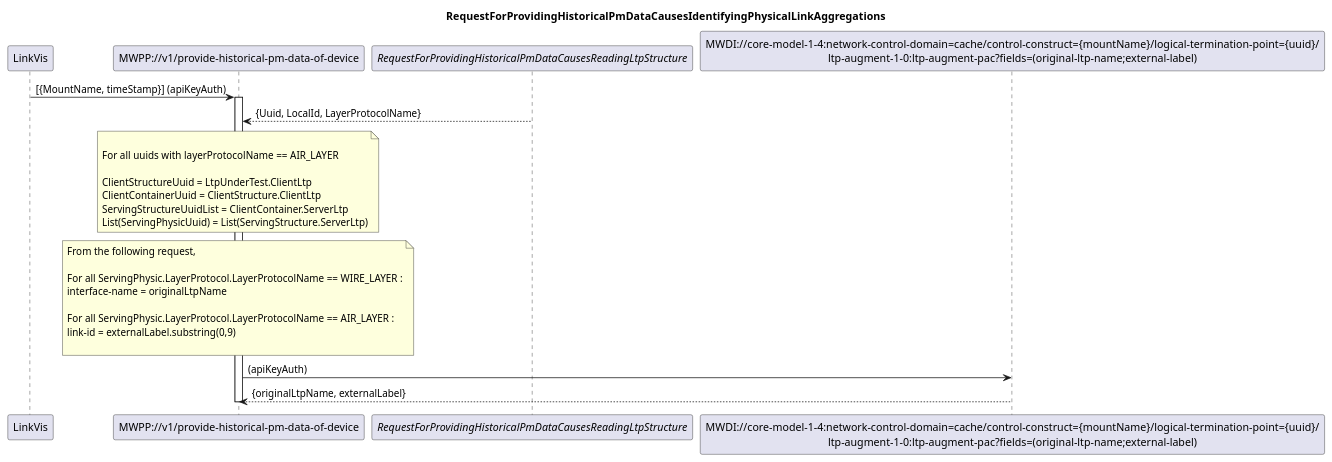
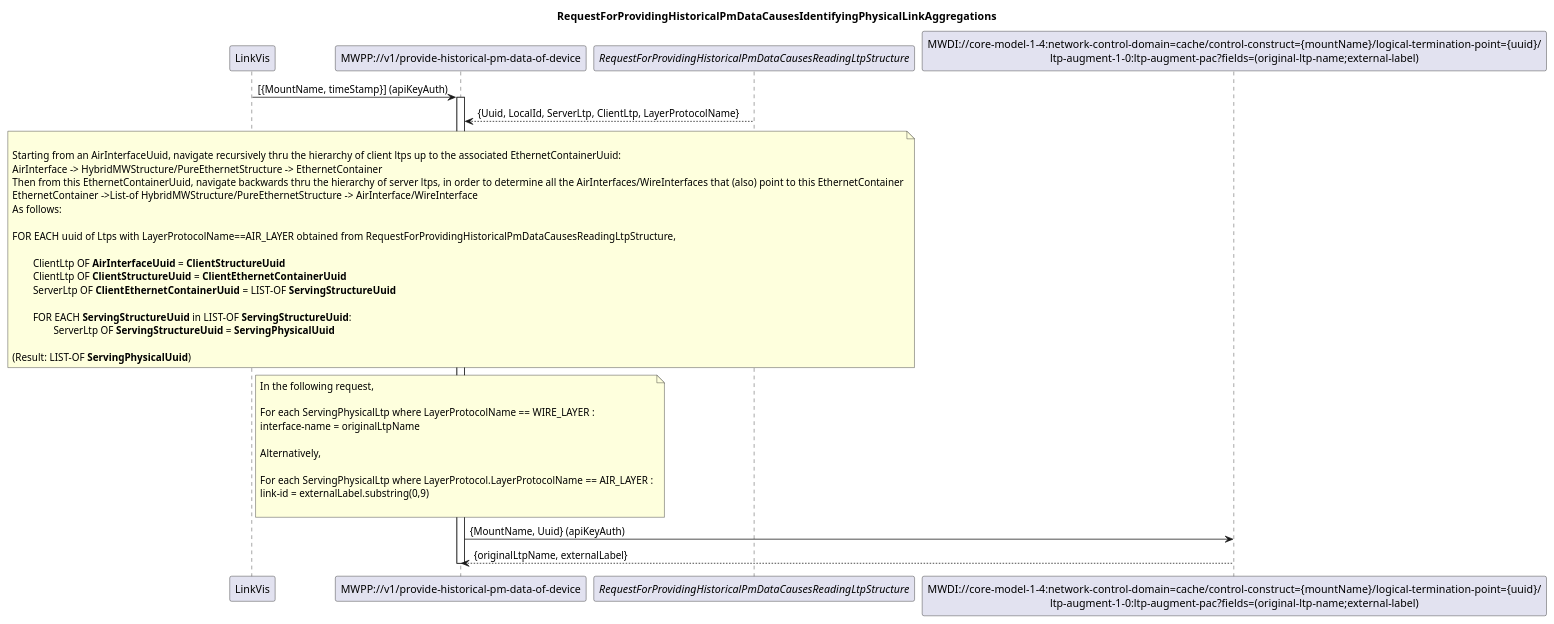
One commit to openBackhaul/MicroWavePerformanceProxy changed the diagram in spec/diagrams/002_IdentifyingPhysicalLinkAggregations.plantuml. Above: the diagram before and after it, drawn with PlantUML.

Commit message:
Improve description of navigation thru client/server ltps and procedure

```diff
--- a/spec/diagrams/002_IdentifyingPhysicalLinkAggregations.plantuml
+++ b/spec/diagrams/002_IdentifyingPhysicalLinkAggregations.plantuml
@@ -1,45 +1,57 @@
 @startuml 002_IdentifyingPhysicalLinkAggregations
 skinparam responseMessageBelowArrow true
 
 title
 RequestForProvidingHistoricalPmDataCausesIdentifyingPhysicalLinkAggregations
 end title
 
 participant "LinkVis" as LinkVis
 participant "MWPP://v1/provide-historical-pm-data-of-device" as MWPP
 participant "<i>RequestForProvidingHistoricalPmDataCausesReadingLtpStructure</i>" as LTPs
 participant "MWDI://core-model-1-4:network-control-domain=cache/control-construct={mountName}/logical-termination-point={uuid}/\nltp-augment-1-0:ltp-augment-pac?fields=(original-ltp-name;external-label)" as LtpDesignation
 
 LinkVis -> MWPP: [{MountName, timeStamp}] (apiKeyAuth)
 activate MWPP
 
-LTPs --> MWPP: {Uuid, LocalId, LayerProtocolName}
+LTPs --> MWPP: {Uuid, LocalId, ServerLtp, ClientLtp, LayerProtocolName}
 
 note over MWPP
 
-For all uuids with layerProtocolName == AIR_LAYER
+Starting from an AirInterfaceUuid, navigate recursively thru the hierarchy of client ltps up to the associated EthernetContainerUuid:
+AirInterface -> HybridMWStructure/PureEthernetStructure -> EthernetContainer
+Then from this EthernetContainerUuid, navigate backwards thru the hierarchy of server ltps, in order to determine all the AirInterfaces/WireInterfaces that (also) point to this EthernetContainer
+EthernetContainer ->List-of HybridMWStructure/PureEthernetStructure -> AirInterface/WireInterface
+As follows:
 
-ClientStructureUuid = LtpUnderTest.ClientLtp
-ClientContainerUuid = ClientStructure.ClientLtp
-ServingStructureUuidList = ClientContainer.ServerLtp
-List(ServingPhysicUuid) = List(ServingStructure.ServerLtp)
+FOR EACH uuid of Ltps with LayerProtocolName==AIR_LAYER obtained from RequestForProvidingHistoricalPmDataCausesReadingLtpStructure,
+
+	ClientLtp OF **AirInterfaceUuid** = **ClientStructureUuid** 
+	ClientLtp OF **ClientStructureUuid** = **ClientEthernetContainerUuid**
+	ServerLtp OF **ClientEthernetContainerUuid** = LIST-OF **ServingStructureUuid**	
+
+	FOR EACH **ServingStructureUuid** in LIST-OF **ServingStructureUuid**:	
+    		ServerLtp OF **ServingStructureUuid** = **ServingPhysicalUuid**
+
+(Result: LIST-OF **ServingPhysicalUuid**)
 end note
 
 note over MWPP
-From the following request,
+In the following request,
 
-For all ServingPhysic.LayerProtocol.LayerProtocolName == WIRE_LAYER :
+For each ServingPhysicalLtp where LayerProtocolName == WIRE_LAYER :
 interface-name = originalLtpName 
 
-For all ServingPhysic.LayerProtocol.LayerProtocolName == AIR_LAYER :
+Alternatively,
+
+For each ServingPhysicalLtp where LayerProtocol.LayerProtocolName == AIR_LAYER :
 link-id = externalLabel.substring(0,9)
 
 end note
 
 
-MWPP -> LtpDesignation: (apiKeyAuth)
+MWPP -> LtpDesignation: {MountName, Uuid} (apiKeyAuth)
 LtpDesignation --> MWPP: {originalLtpName, externalLabel}
 
 deactivate MWPP
 
 @enduml
```
